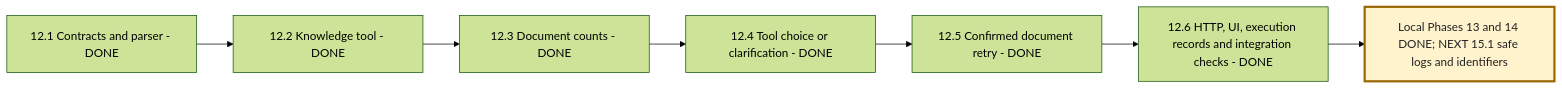
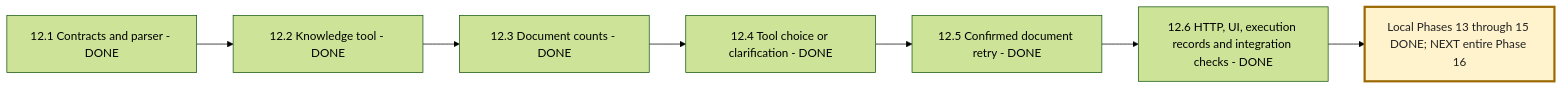
One commit to msdian0007/nexaAi changed the fourth of 7 diagrams in NEXAAI_ROADMAP.md. Above: the diagram before and after it, drawn with Mermaid (forest theme). The commit also changed other lines of this file and 8 other files, not shown here.

````diff
--- a/NEXAAI_ROADMAP.md
+++ b/NEXAAI_ROADMAP.md
@@ -319,10 +330,10 @@
 ```mermaid
 flowchart LR
     A[12.1 Contracts and parser - DONE] --> B[12.2 Knowledge tool - DONE]
     B --> C[12.3 Document counts - DONE]
     C --> D[12.4 Tool choice or clarification - DONE]
     D --> E[12.5 Confirmed document retry - DONE]
     E --> F[12.6 HTTP, UI, execution records and integration checks - DONE]
-    F --> G[Local Phases 13 and 14 DONE; NEXT 15.1 safe logs and identifiers]
+    F --> G[Local Phases 13 through 15 DONE; NEXT entire Phase 16]
     style G fill:#fff3cd,stroke:#9a6700,stroke-width:3px,color:#222
 ```
````
